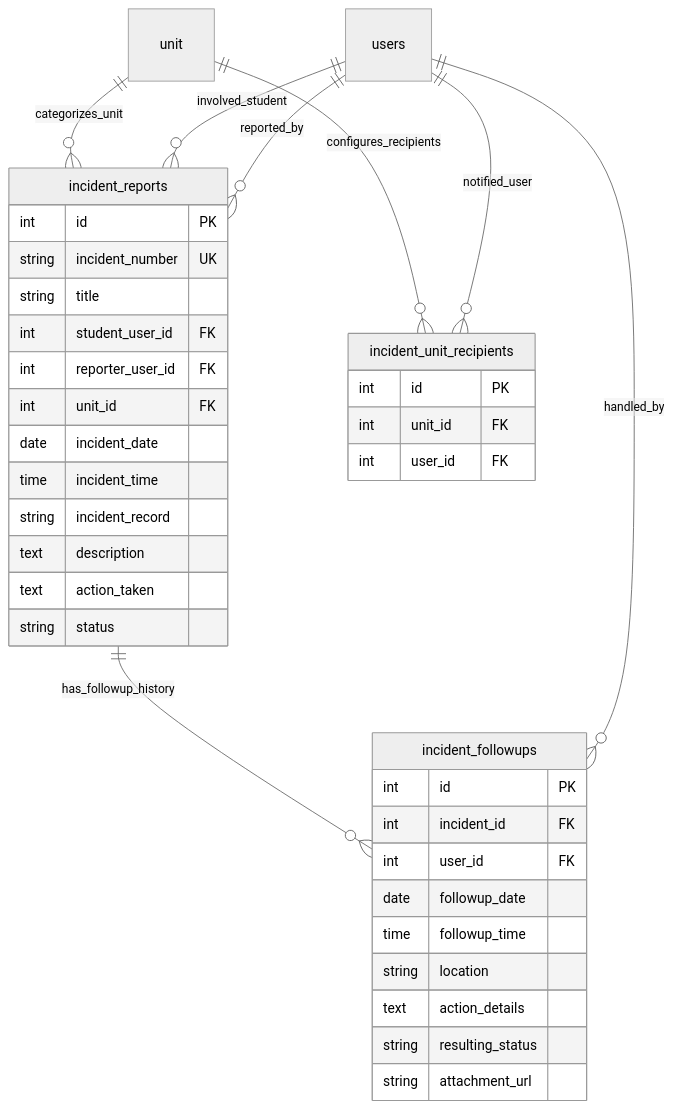
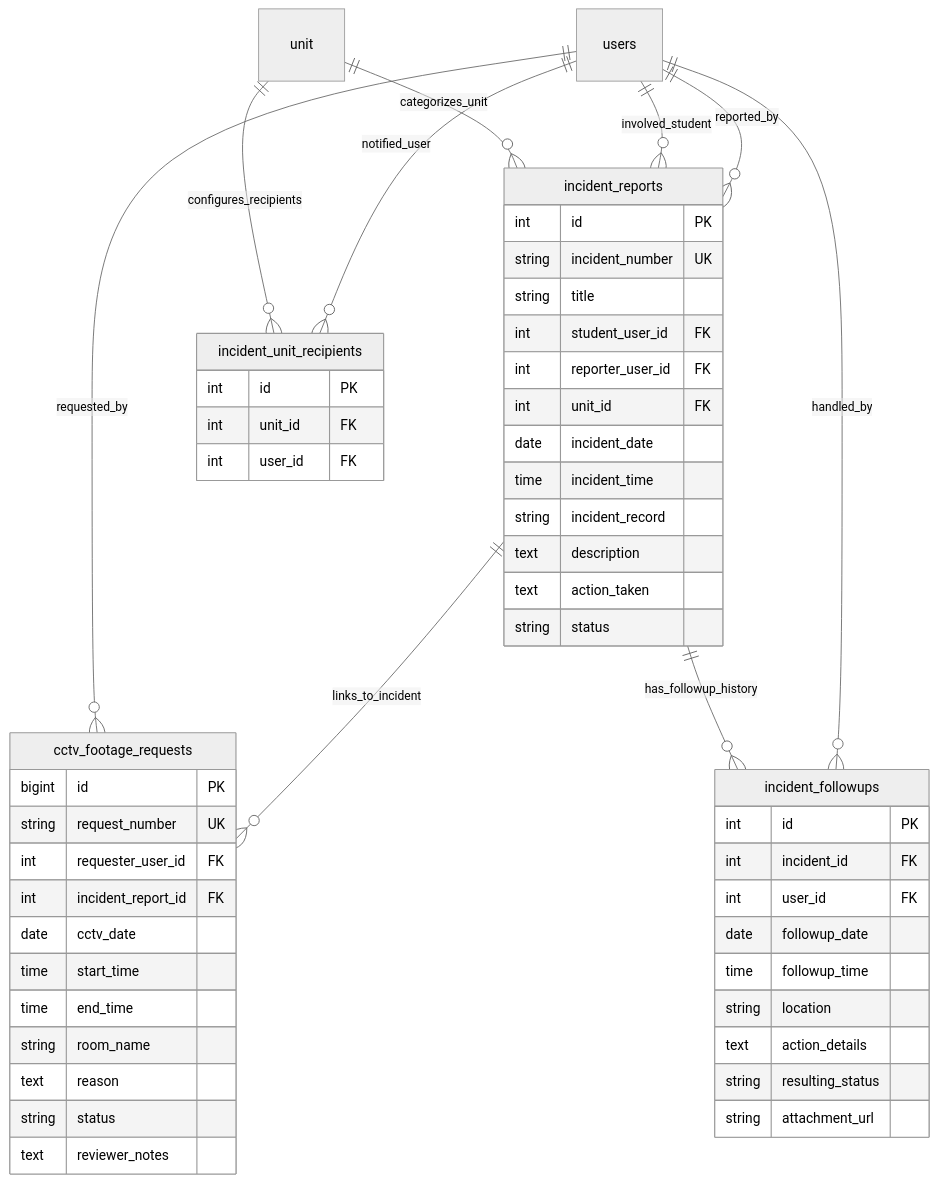
Diagram 12 of 12 in DATABASE_SCHEMA.md (hanskristianw/school-admin), drawn with Mermaid (neutral theme) before and after one commit. The commit also changed other lines of this file and 48 other files, not shown here.

Commit message:
perbaikan dan menambahkan CCTV request

````diff
--- a/DATABASE_SCHEMA.md
+++ b/DATABASE_SCHEMA.md
@@ -1769,43 +1788,59 @@
 ```mermaid
 erDiagram
     unit ||--o{ incident_reports : "categorizes_unit"
     users ||--o{ incident_reports : "involved_student"
     users ||--o{ incident_reports : "reported_by"
     incident_reports ||--o{ incident_followups : "has_followup_history"
     users ||--o{ incident_followups : "handled_by"
     unit ||--o{ incident_unit_recipients : "configures_recipients"
     users ||--o{ incident_unit_recipients : "notified_user"
+    users ||--o{ cctv_footage_requests : "requested_by"
+    incident_reports ||--o{ cctv_footage_requests : "links_to_incident"
 
     incident_reports {
         int id PK
         string incident_number UK
         string title
         int student_user_id FK
         int reporter_user_id FK
         int unit_id FK
         date incident_date
         time incident_time
         string incident_record
         text description
         text action_taken
         string status
     }
 
     incident_followups {
         int id PK
         int incident_id FK
         int user_id FK
         date followup_date
         time followup_time
         string location
         text action_details
         string resulting_status
         string attachment_url
     }
 
     incident_unit_recipients {
         int id PK
         int unit_id FK
         int user_id FK
     }
+
+    cctv_footage_requests {
+        bigint id PK
+        string request_number UK
+        int requester_user_id FK
+        int incident_report_id FK
+        date cctv_date
+        time start_time
+        time end_time
+        string room_name
+        text reason
+        string status
+        text reviewer_notes
+    }
 ```
````
